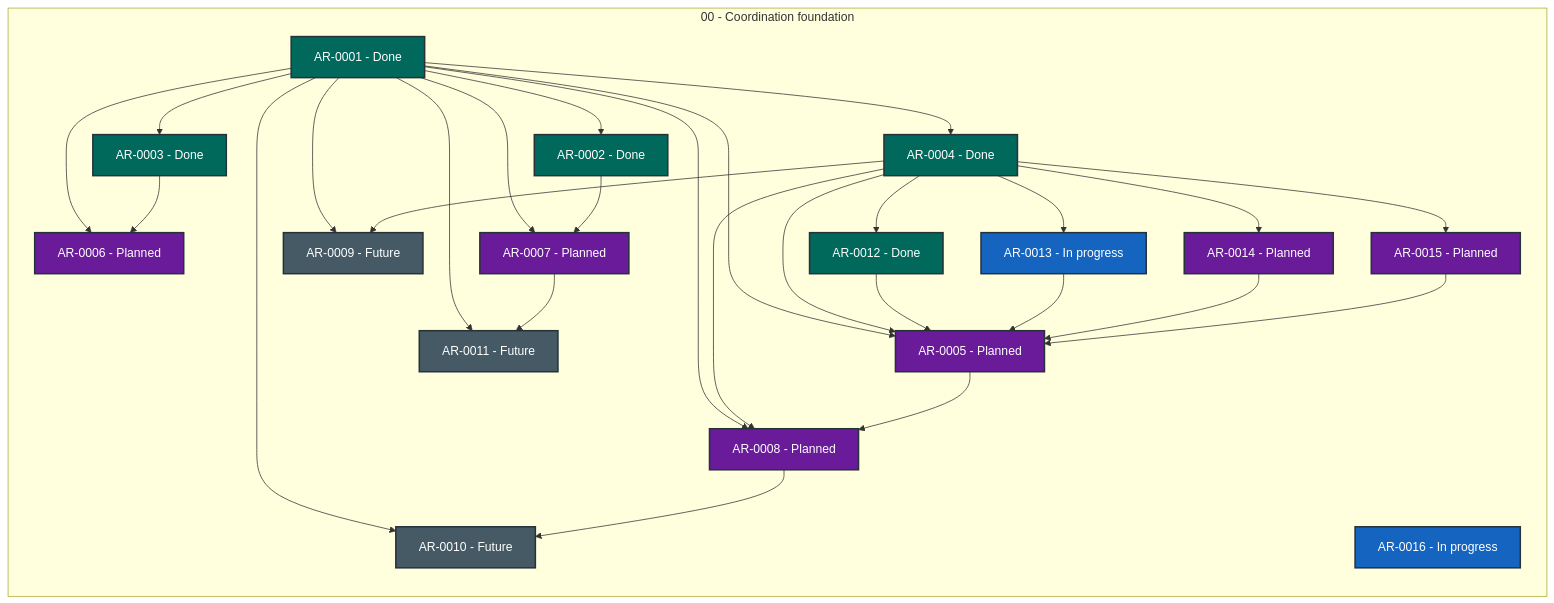
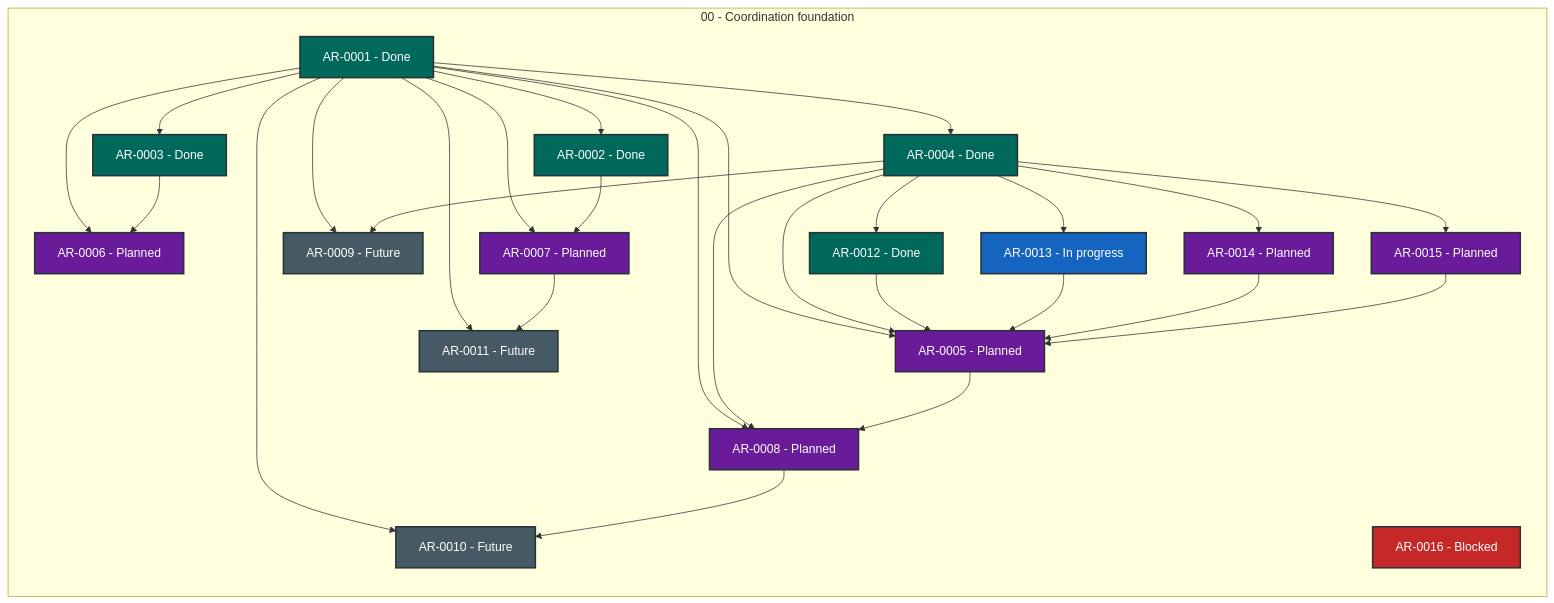
One commit to martin-beck/agent-workflow-quality-state changed the diagram in STATUS.md. Above: the diagram before and after it, drawn with Mermaid. The commit also changed other lines of this file and 2 other files, not shown here.

````diff
--- a/STATUS.md
+++ b/STATUS.md
@@ -27,56 +27,56 @@
 ```mermaid
 flowchart LR
     subgraph series_00["00 - Coordination foundation"]
         direction TB
         AR_0001["AR-0001 - Done"]:::status_done
         AR_0002["AR-0002 - Done"]:::status_done
         AR_0003["AR-0003 - Done"]:::status_done
         AR_0004["AR-0004 - Done"]:::status_done
         AR_0005["AR-0005 - Planned"]:::status_planned
         AR_0006["AR-0006 - Planned"]:::status_planned
         AR_0007["AR-0007 - Planned"]:::status_planned
         AR_0008["AR-0008 - Planned"]:::status_planned
         AR_0009["AR-0009 - Future"]:::status_future
         AR_0010["AR-0010 - Future"]:::status_future
         AR_0011["AR-0011 - Future"]:::status_future
         AR_0012["AR-0012 - Done"]:::status_done
         AR_0013["AR-0013 - In progress"]:::status_in_progress
         AR_0014["AR-0014 - Planned"]:::status_planned
         AR_0015["AR-0015 - Planned"]:::status_planned
-        AR_0016["AR-0016 - In progress"]:::status_in_progress
+        AR_0016["AR-0016 - Blocked"]:::status_blocked
     end
     AR_0001 --> AR_0002
     AR_0001 --> AR_0003
     AR_0001 --> AR_0004
     AR_0001 --> AR_0005
     AR_0001 --> AR_0006
     AR_0001 --> AR_0007
     AR_0001 --> AR_0008
     AR_0001 --> AR_0009
     AR_0001 --> AR_0010
     AR_0001 --> AR_0011
     AR_0002 --> AR_0007
     AR_0003 --> AR_0006
     AR_0004 --> AR_0005
     AR_0004 --> AR_0008
     AR_0004 --> AR_0009
     AR_0004 --> AR_0012
     AR_0004 --> AR_0013
     AR_0004 --> AR_0014
     AR_0004 --> AR_0015
     AR_0005 --> AR_0008
     AR_0007 --> AR_0011
     AR_0008 --> AR_0010
     AR_0012 --> AR_0005
     AR_0013 --> AR_0005
     AR_0014 --> AR_0005
     AR_0015 --> AR_0005
     classDef status_in_progress fill:#1565c0,color:#ffffff,stroke:#263238,stroke-width:2px
     classDef status_open fill:#2e7d32,color:#ffffff,stroke:#263238,stroke-width:2px
     classDef status_blocked fill:#c62828,color:#ffffff,stroke:#263238,stroke-width:2px
     classDef status_planned fill:#6a1b9a,color:#ffffff,stroke:#263238,stroke-width:2px
     classDef status_future fill:#455a64,color:#ffffff,stroke:#263238,stroke-width:2px
     classDef status_done fill:#00695c,color:#ffffff,stroke:#263238,stroke-width:2px
     classDef status_cancelled fill:#616161,color:#ffffff,stroke:#263238,stroke-width:2px
     classDef status_superseded fill:#5d4037,color:#ffffff,stroke:#263238,stroke-width:2px
 ```
````
